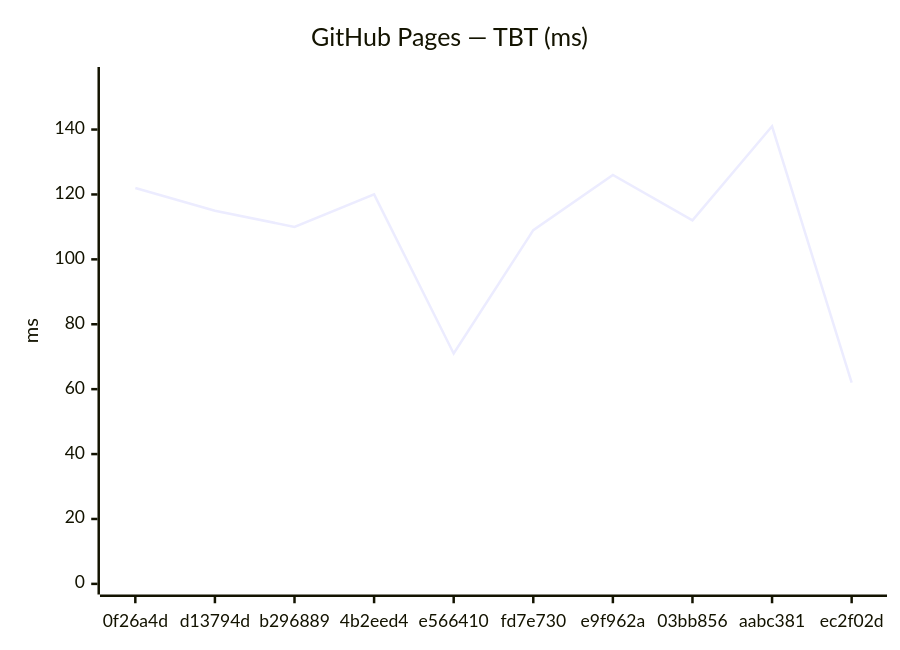
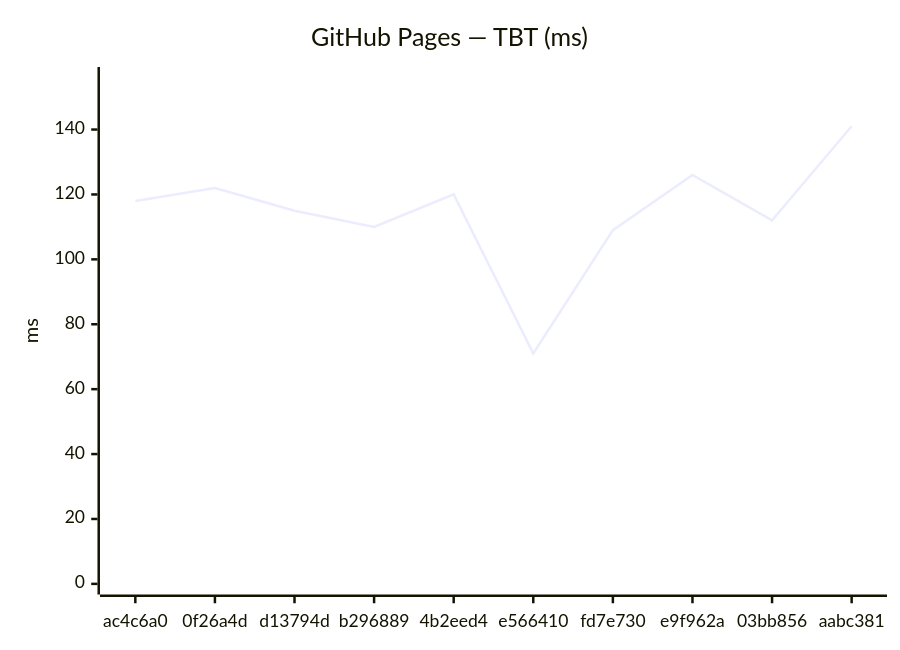
Before and after one commit to Metaheurist/Rianell: the fourth of 18 diagrams in benchmarks/compare.md, drawn with Mermaid. The commit also changed other lines of this file and 11 other files, not shown here.

````diff
--- a/benchmarks/compare.md
+++ b/benchmarks/compare.md
@@ -61,7 +61,7 @@
 ```mermaid
 xychart-beta
     title "GitHub Pages — TBT (ms)"
-    x-axis ["0f26a4d", "d13794d", "b296889", "4b2eed4", "e566410", "fd7e730", "e9f962a", "03bb856", "aabc381", "ec2f02d"]
+    x-axis ["ac4c6a0", "0f26a4d", "d13794d", "b296889", "4b2eed4", "e566410", "fd7e730", "e9f962a", "03bb856", "aabc381"]
     y-axis "ms" 0 --> 156
-    line [122, 115, 110, 120, 71, 109, 126, 112, 141, 62]
+    line [118, 122, 115, 110, 120, 71, 109, 126, 112, 141]
 ```
````
